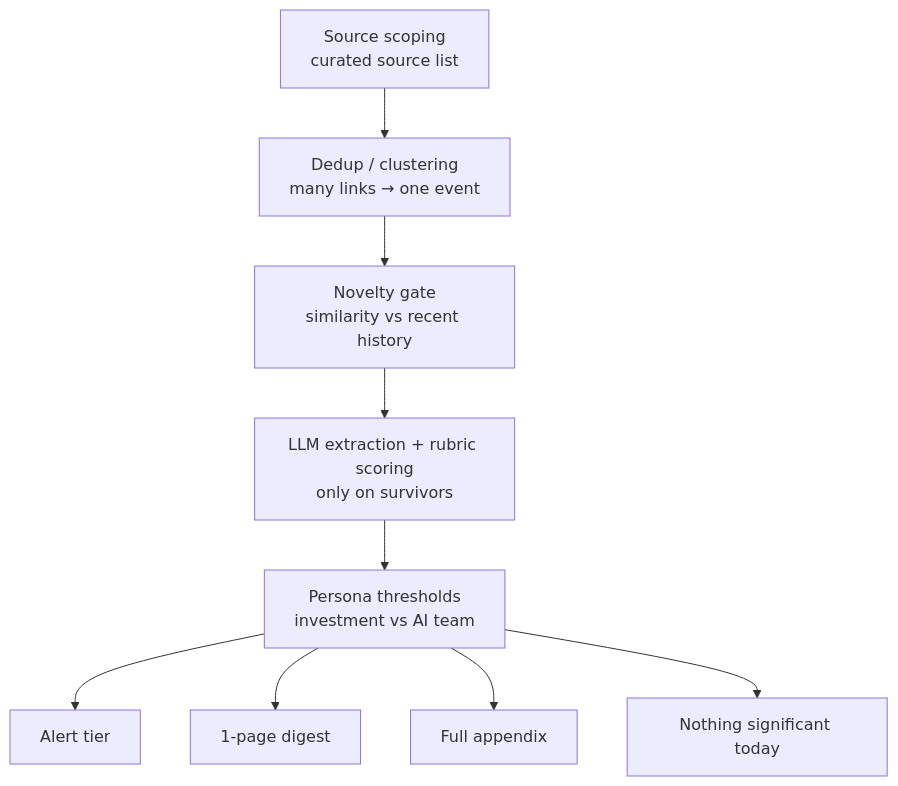
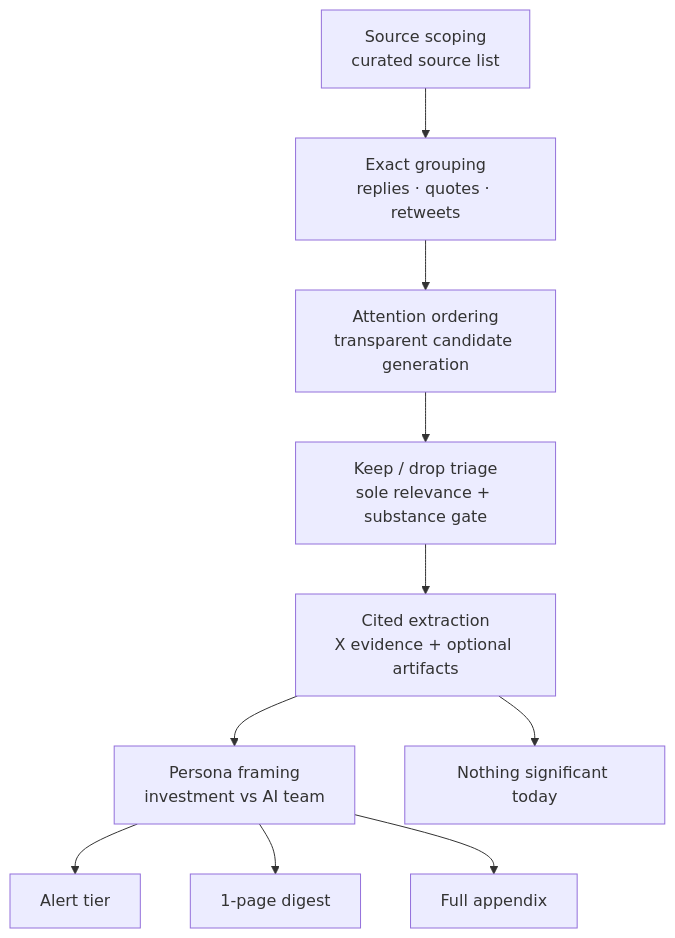
Before and after one commit to AdithyanI/frontier-lab-intelligence: the second of 5 diagrams in docs/architecture/overview.md, drawn with Mermaid. The commit also changed other lines of this file and 9 other files, not shown here.

````diff
--- a/docs/architecture/overview.md
+++ b/docs/architecture/overview.md
@@ -330,16 +336,17 @@
 ```mermaid
 flowchart TD
     S0[Source scoping<br/>curated source list]
-    S1[Dedup / clustering<br/>many links → one event]
-    S2[Novelty gate<br/>similarity vs recent history]
-    S3[LLM extraction + rubric scoring<br/>only on survivors]
-    S4[Persona thresholds<br/>investment vs AI team]
+    S1[Exact grouping<br/>replies · quotes · retweets]
+    S2[Attention ordering<br/>transparent candidate generation]
+    S3[Keep / drop triage<br/>sole relevance + substance gate]
+    S4[Cited extraction<br/>X evidence + optional artifacts]
+    S5[Persona framing<br/>investment vs AI team]
     OUT1[Alert tier]
     OUT2[1-page digest]
     OUT3[Full appendix]
     NONE[Nothing significant today]
 
-    S0 --> S1 --> S2 --> S3 --> S4
-    S4 --> OUT1 & OUT2 & OUT3
+    S0 --> S1 --> S2 --> S3 --> S4 --> S5
+    S5 --> OUT1 & OUT2 & OUT3
     S4 --> NONE
 ```
````
